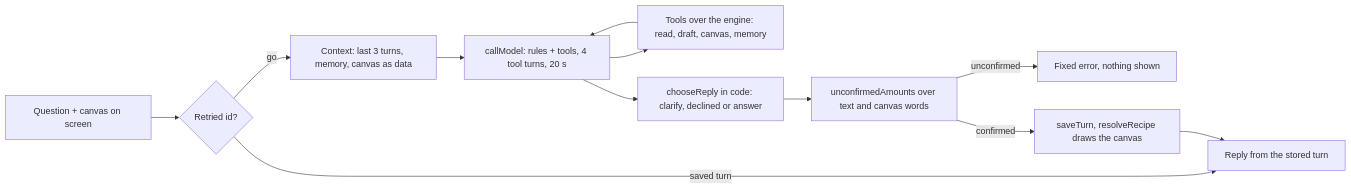
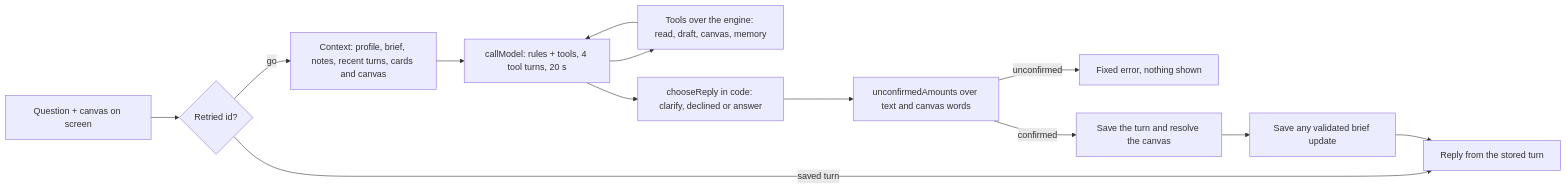
One commit to BenBen05059997/personal-economy-saver changed the second of 3 diagrams in ARCHITECTURE.md. Above: the diagram before and after it, drawn with Mermaid. The commit also changed other lines of this file and 48 other files, not shown here.

````diff
--- a/ARCHITECTURE.md
+++ b/ARCHITECTURE.md
@@ -199,14 +199,15 @@
 ```mermaid
 flowchart LR
     Q[Question + canvas on screen] --> G{Retried id?}
     G -- saved turn --> R[Reply from the stored turn]
-    G -- go --> C[Context: last 3 turns, memory, canvas as data]
+    G -- go --> C[Context: profile, brief, notes, recent turns, cards and canvas]
     C --> M[callModel: rules + tools, 4 tool turns, 20 s]
     M --> T[Tools over the engine: read, draft, canvas, memory]
     T --> M
     M --> K[chooseReply in code: clarify, declined or answer]
     K --> N[unconfirmedAmounts over text and canvas words]
     N -- unconfirmed --> E[Fixed error, nothing shown]
-    N -- confirmed --> S[saveTurn, resolveRecipe draws the canvas]
-    S --> R
+    N -- confirmed --> S[Save the turn and resolve the canvas]
+    S --> B[Save any validated brief update]
+    B --> R
 ```
````
